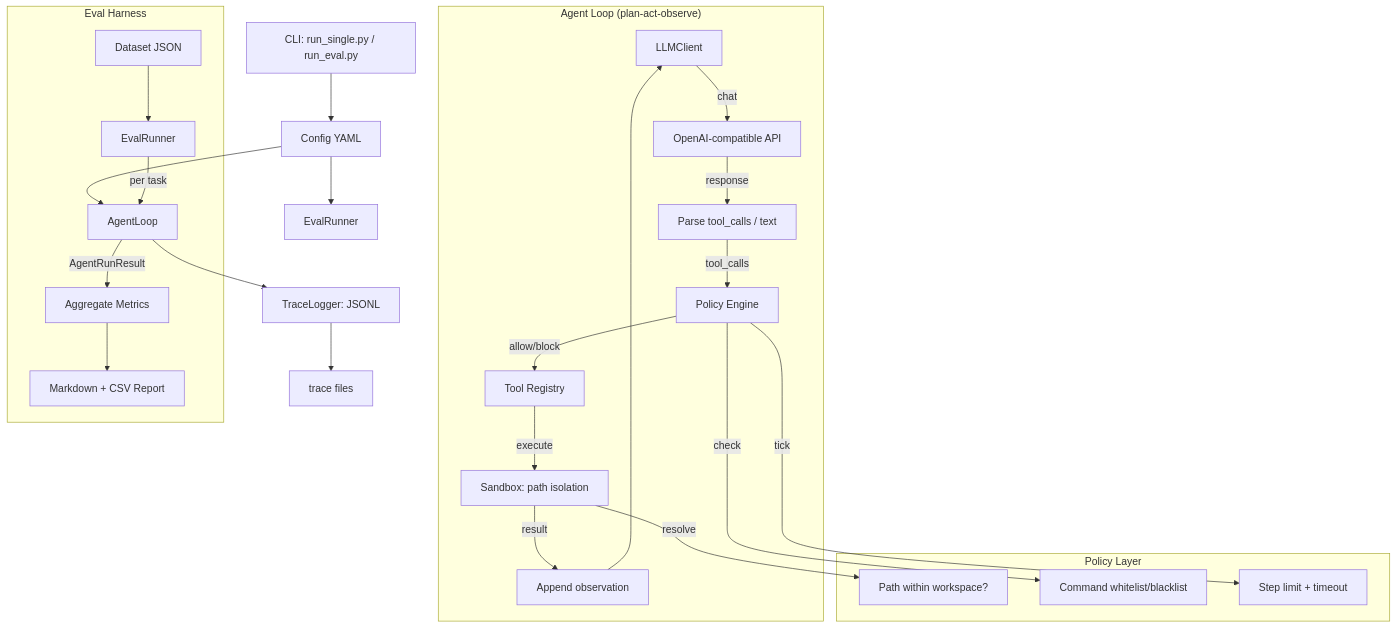
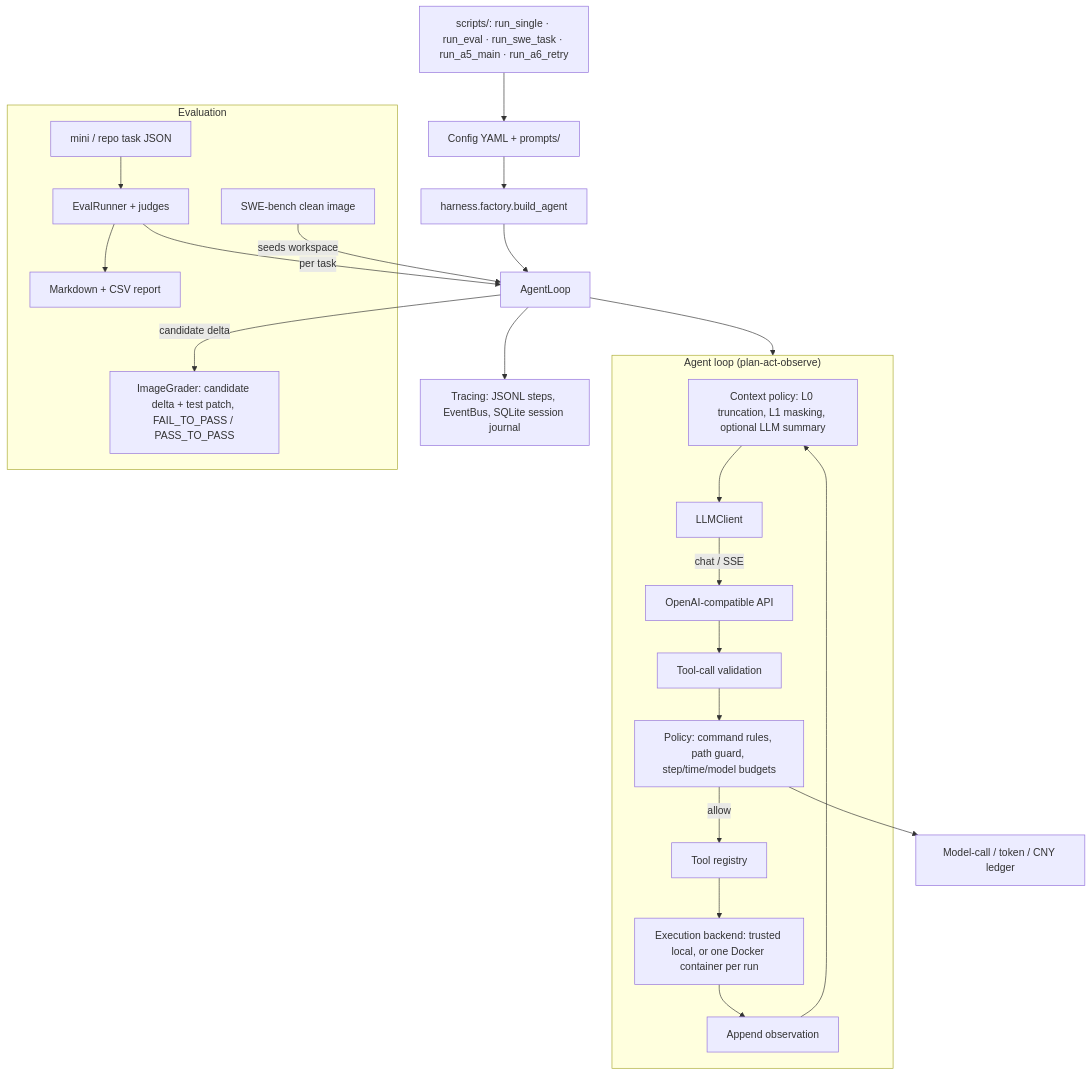
Before and after one commit to RichChen/coding-agent: the diagram in README.md, drawn with Mermaid. The commit also changed other lines of this file and 1 other file, not shown here.

Commit message:
publish P-4: rewrite README architecture, structure, scripts and test notes to match the tracked tree

````diff
--- a/README.md
+++ b/README.md
@@ -17,32 +17,31 @@
 ```mermaid
 flowchart TD
-    CLI[CLI: run_single.py / run_eval.py] --> CONFIG[Config YAML]
-    CONFIG --> AGENT[AgentLoop]
-    CONFIG --> EVAL[EvalRunner]
+    CLI["scripts/: run_single · run_eval · run_swe_task · run_a5_main · run_a6_retry"] --> CONFIG[Config YAML + prompts/]
+    CONFIG --> FACTORY[harness.factory.build_agent]
+    FACTORY --> AGENT[AgentLoop]
 
-    subgraph AgentLoop["Agent Loop (plan-act-observe)"]
-        LLM[LLMClient] -->|chat| API[OpenAI-compatible API]
-        API -->|response| PARSE[Parse tool_calls / text]
-        PARSE -->|tool_calls| POLICY[Policy Engine]
-        POLICY -->|allow/block| TOOLS[Tool Registry]
-        TOOLS -->|execute| SAND[Sandbox: path isolation]
-        SAND -->|result| OBSERVE[Append observation]
-        OBSERVE --> LLM
+    subgraph LOOP["Agent loop (plan-act-observe)"]
+        CTX["Context policy: L0 truncation, L1 masking, optional LLM summary"] --> LLM[LLMClient]
+        LLM -->|chat / SSE| API[OpenAI-compatible API]
+        API --> VALIDATE[Tool-call validation]
+        VALIDATE --> POLICY["Policy: command rules, path guard, step/time/model budgets"]
+        POLICY -->|allow| TOOLS[Tool registry]
+        TOOLS --> EXEC["Execution backend: trusted local, or one Docker container per run"]
+        EXEC --> OBSERVE[Append observation]
+        OBSERVE --> CTX
     end
 
-    subgraph Eval["Eval Harness"]
-        DS[Dataset JSON] --> RUNNER[EvalRunner]
-        RUNNER -->|per task| AGENT
-        AGENT -->|AgentRunResult| METRICS[Aggregate Metrics]
-        METRICS --> REPORT[Markdown + CSV Report]
+    AGENT --> LOOP
+
+    subgraph EVAL["Evaluation"]
+        DS[mini / repo task JSON] --> RUNNER[EvalRunner + judges] --> REPORT[Markdown + CSV report]
+        IMG[SWE-bench clean image]
+        GRADER["ImageGrader: candidate delta + test patch, FAIL_TO_PASS / PASS_TO_PASS"]
     end
 
-    subgraph Safety["Policy Layer"]
-        SAND -->|resolve| PATH[Path within workspace?]
-        POLICY -->|check| CMD[Command whitelist/blacklist]
-        POLICY -->|tick| BUDGET[Step limit + timeout]
-    end
-
-    TRACE[TraceLogger: JSONL] --> DISK[trace files]
-    AGENT --> TRACE
+    RUNNER -->|per task| AGENT
+    IMG -->|seeds workspace| AGENT
+    AGENT -->|candidate delta| GRADER
+    AGENT --> TRACE["Tracing: JSONL steps, EventBus, SQLite session journal"]
+    POLICY --> LEDGER[Model-call / token / CNY ledger]
 ```
````
